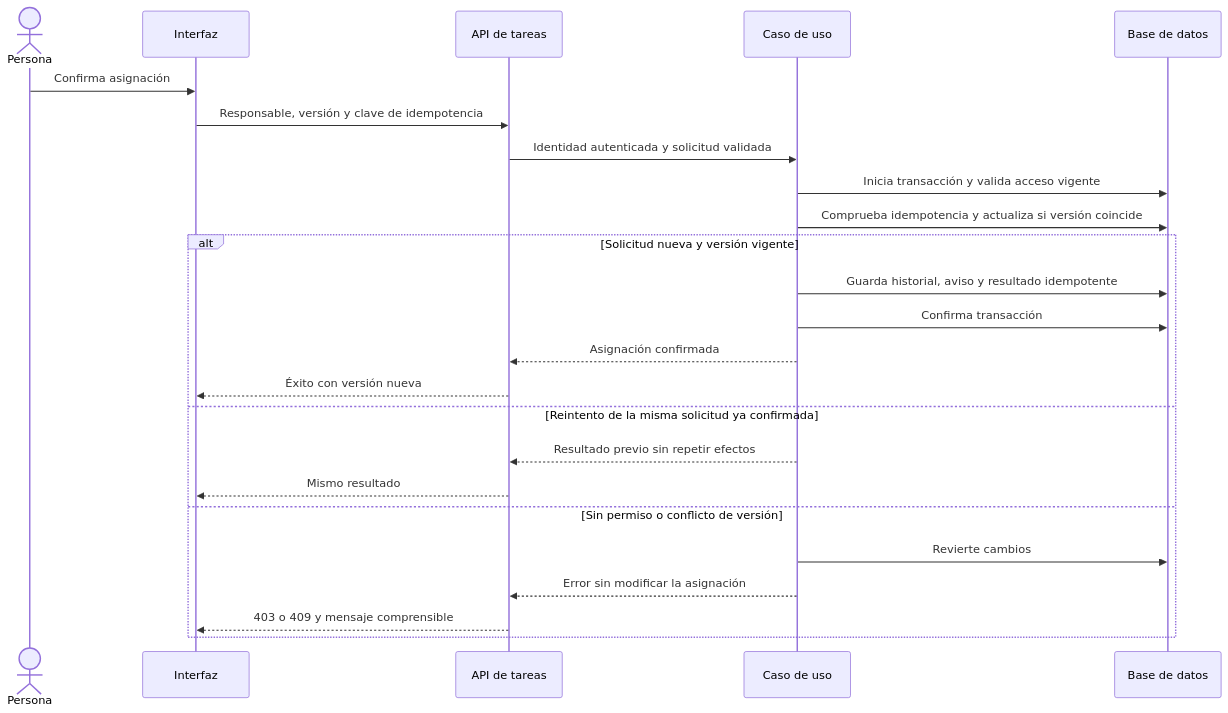
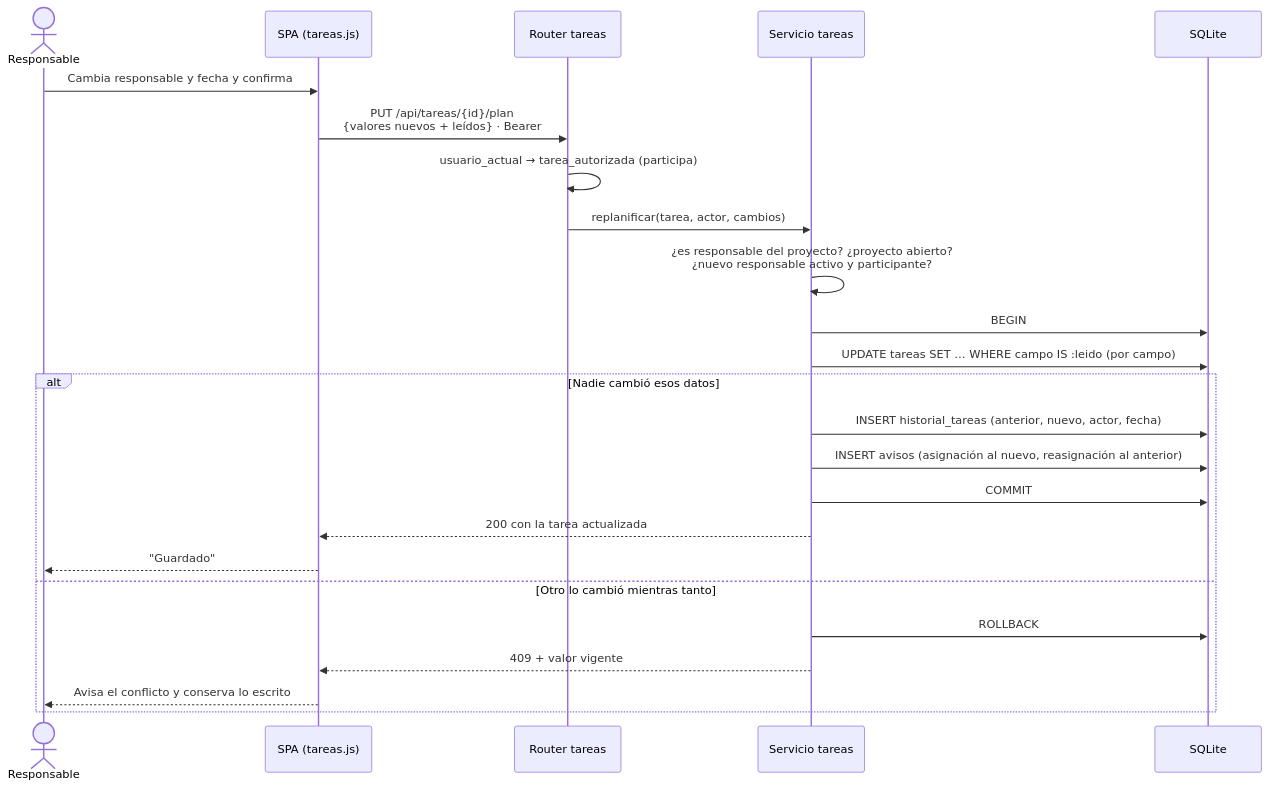
Before and after one commit to FabianReyna17/ProjectManagement: the sixth of 7 diagrams in docs/Arquitectura_Gestion_Proyectos.md, drawn with Mermaid. The commit also changed other lines of this file and 14 other files, not shown here.

````diff
--- a/docs/Arquitectura_Gestion_Proyectos.md
+++ b/docs/Arquitectura_Gestion_Proyectos.md
@@ -172,26 +239,26 @@
 ```mermaid
 sequenceDiagram
-    actor Persona
-    participant UI as Interfaz
-    participant API as API de tareas
-    participant Servicio as Caso de uso
-    participant BD as Base de datos
-    Persona->>UI: Confirma asignación
-    UI->>API: Responsable, versión y clave de idempotencia
-    API->>Servicio: Identidad autenticada y solicitud validada
-    Servicio->>BD: Inicia transacción y valida acceso vigente
-    Servicio->>BD: Comprueba idempotencia y actualiza si versión coincide
-    alt Solicitud nueva y versión vigente
-        Servicio->>BD: Guarda historial, aviso y resultado idempotente
-        Servicio->>BD: Confirma transacción
-        Servicio-->>API: Asignación confirmada
-        API-->>UI: Éxito con versión nueva
-    else Reintento de la misma solicitud ya confirmada
-        Servicio-->>API: Resultado previo sin repetir efectos
-        API-->>UI: Mismo resultado
-    else Sin permiso o conflicto de versión
-        Servicio->>BD: Revierte cambios
-        Servicio-->>API: Error sin modificar la asignación
-        API-->>UI: 403 o 409 y mensaje comprensible
+    actor R as Responsable
+    participant UI as SPA (tareas.js)
+    participant API as Router tareas
+    participant S as Servicio tareas
+    participant BD as SQLite
+    R->>UI: Cambia responsable y fecha y confirma
+    UI->>API: PUT /api/tareas/{id}/plan<br/>{valores nuevos + leídos} · Bearer
+    API->>API: usuario_actual → tarea_autorizada (participa)
+    API->>S: replanificar(tarea, actor, cambios)
+    S->>S: ¿es responsable del proyecto? ¿proyecto abierto?<br/>¿nuevo responsable activo y participante?
+    S->>BD: BEGIN
+    S->>BD: UPDATE tareas SET … WHERE campo IS :leido (por campo)
+    alt Nadie cambió esos datos
+        S->>BD: INSERT historial_tareas (anterior, nuevo, actor, fecha)
+        S->>BD: INSERT avisos (asignación al nuevo, reasignación al anterior)
+        S->>BD: COMMIT
+        S-->>UI: 200 con la tarea actualizada
+        UI-->>R: "Guardado"
+    else Otro lo cambió mientras tanto
+        S->>BD: ROLLBACK
+        S-->>UI: 409 + valor vigente
+        UI-->>R: Avisa el conflicto y conserva lo escrito
     end
 ```
````
